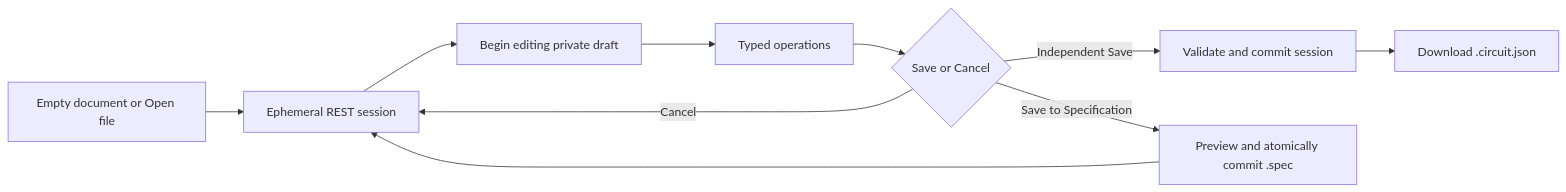
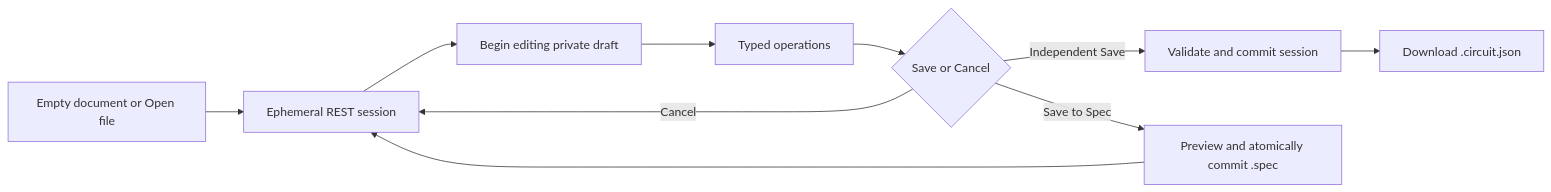
The diagram in circuit-designer/apps/standalone/README.md (ankdesh/spec2gds), drawn with Mermaid before and after one commit. The commit also changed 298 other files, not shown here.

````diff
--- a/circuit-designer/apps/standalone/README.md
+++ b/circuit-designer/apps/standalone/README.md
@@ -22,12 +22,12 @@
 ```mermaid
 flowchart LR
     Start["Empty document or Open file"] --> Session["Ephemeral REST session"]
     Session --> Begin["Begin editing private draft"]
     Begin --> Edit["Typed operations"]
     Edit --> Save{"Save or Cancel"}
     Save -->|"Independent Save"| Validate["Validate and commit session"]
     Validate --> Download["Download .circuit.json"]
-    Save -->|"Save to Specification"| Source["Preview and atomically commit .spec"]
+    Save -->|"Save to Spec"| Source["Preview and atomically commit .spec"]
     Source --> Session
     Save -->|"Cancel"| Session
 ```
````
